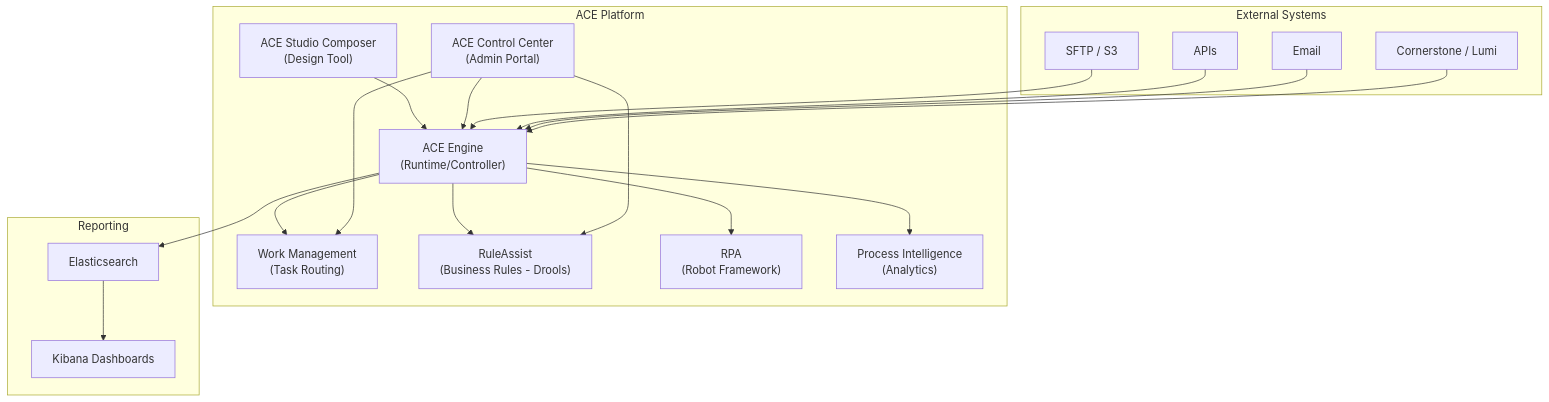
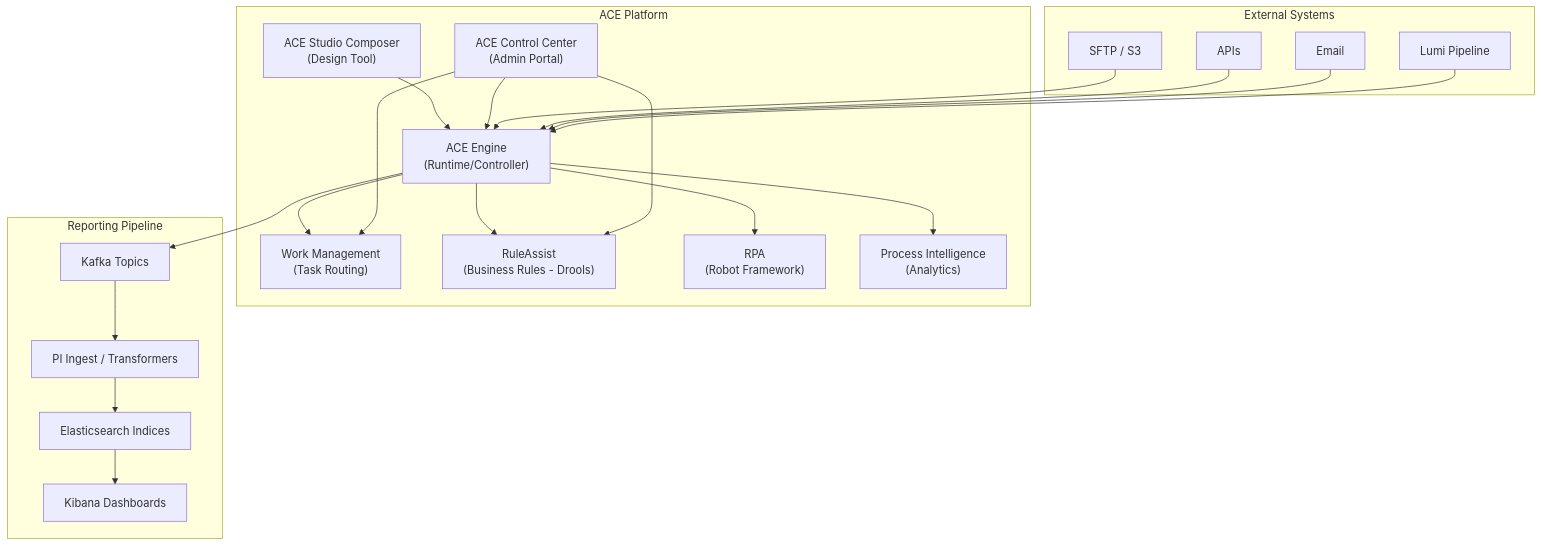
Before and after one commit to gprudhviteja94-cmd/records: the first of 4 diagrams in am/ACE_Core_Knowledge_Document.md, drawn with Mermaid. The commit also changed other lines of this file and 1 other file, not shown here.

Commit message:
Update ACE Core and BPMN knowledge documents with detailed pipeline, integration, and compliance info

````diff
--- a/am/ACE_Core_Knowledge_Document.md
+++ b/am/ACE_Core_Knowledge_Document.md
@@ -24,25 +24,27 @@
 ```mermaid
 graph TB
     subgraph "ACE Platform"
         A["ACE Studio Composer<br/>(Design Tool)"] --> B["ACE Engine<br/>(Runtime/Controller)"]
         B --> C["Work Management<br/>(Task Routing)"]
         B --> D["RuleAssist<br/>(Business Rules - Drools)"]
         B --> E["RPA<br/>(Robot Framework)"]
         B --> F["Process Intelligence<br/>(Analytics)"]
         G["ACE Control Center<br/>(Admin Portal)"] --> B
         G --> C
         G --> D
     end
     
     subgraph "External Systems"
         H["SFTP / S3"] --> B
         I["APIs"] --> B
         J["Email"] --> B
-        K["Cornerstone / Lumi"] --> B
+        K["Lumi Pipeline"] --> B
     end
     
-    subgraph "Reporting"
-        B --> L["Elasticsearch"]
-        L --> M["Kibana Dashboards"]
+    subgraph "Reporting Pipeline"
+        B --> L["Kafka Topics"]
+        L --> M["PI Ingest / Transformers"]
+        M --> N["Elasticsearch Indices"]
+        N --> O["Kibana Dashboards"]
     end
 ```
````
